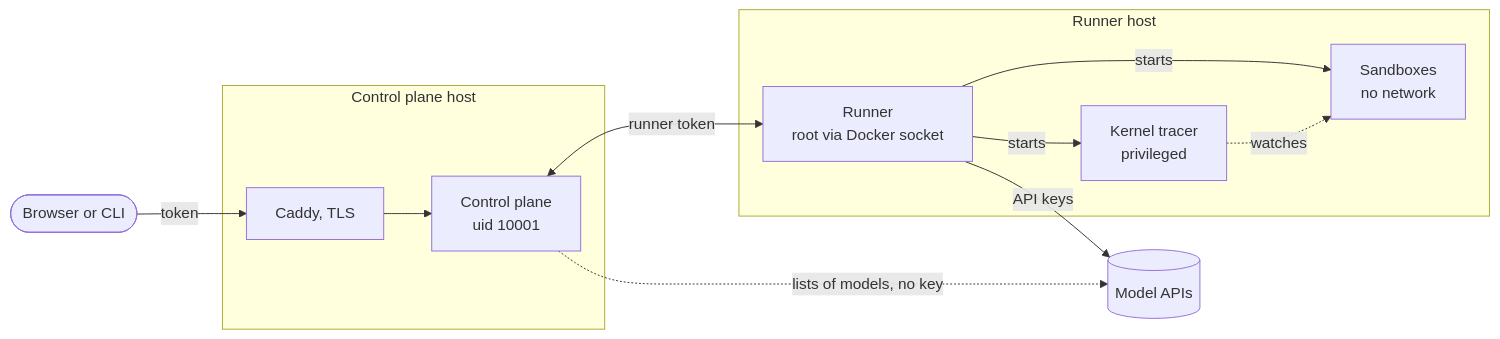
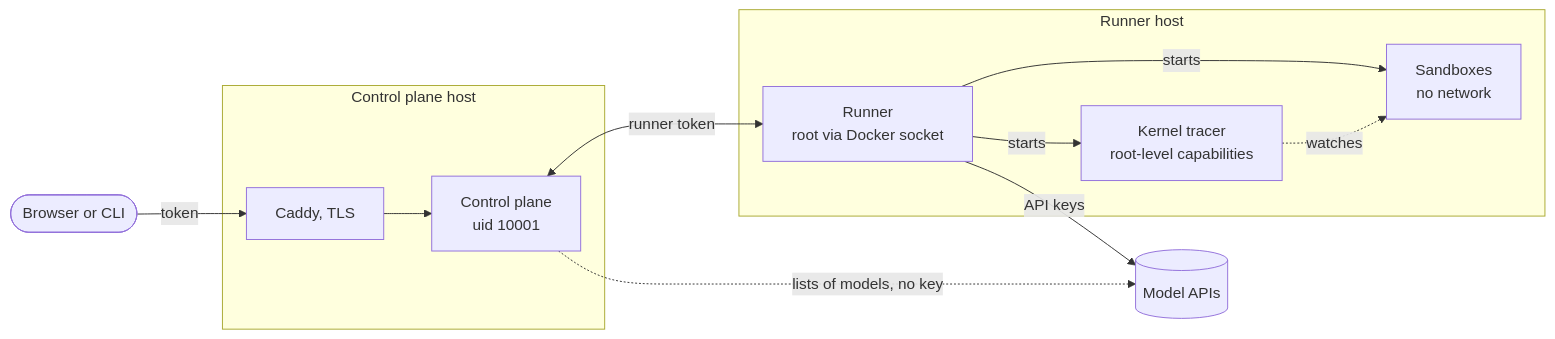
One commit to kaumnen/AIMS changed the diagram in SECURITY.md. Above: the diagram before and after it, drawn with Mermaid. The commit also changed other lines of this file and 14 other files, not shown here.

Commit message:
fix: drop privileged mode from the kernel tracer

````diff
--- a/SECURITY.md
+++ b/SECURITY.md
@@ -16,20 +16,20 @@
 ```mermaid
 flowchart LR
   browser([Browser or CLI])
   subgraph cp_host [Control plane host]
     caddy[Caddy, TLS] --> server[Control plane<br/>uid 10001]
   end
   subgraph runner_host [Runner host]
     runner[Runner<br/>root via Docker socket]
-    tracer[Kernel tracer<br/>privileged]
+    tracer[Kernel tracer<br/>root-level capabilities]
     sandbox[Sandboxes<br/>no network]
     runner -->|starts| tracer
     runner -->|starts| sandbox
     tracer -.->|watches| sandbox
   end
   models[(Model APIs)]
   browser -->|token| caddy
   server <-->|runner token| runner
   runner -->|API keys| models
   server -.->|lists of models, no key| models
 ```
````
